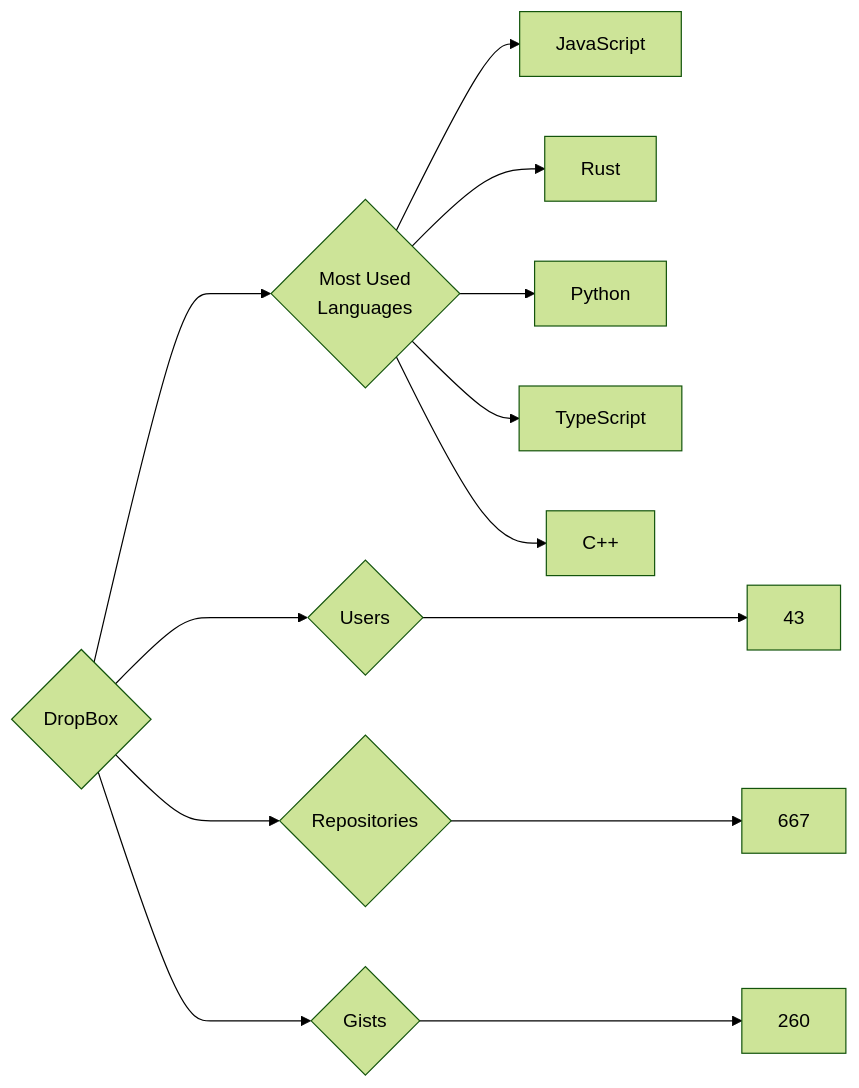
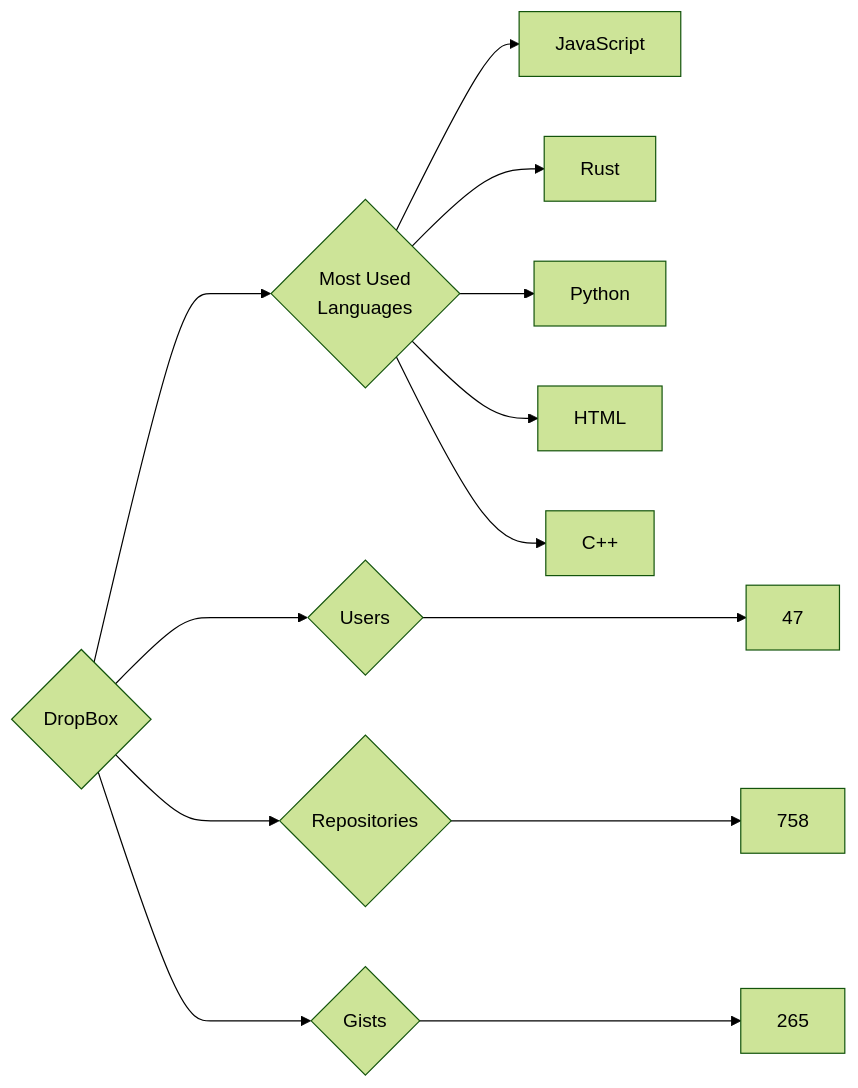
Before and after one commit to trickest/insiders: the diagram in targets/DropBox/README.md, drawn with Mermaid (forest theme). The commit also changed 644 other files, not shown here.

````diff
--- a/targets/DropBox/README.md
+++ b/targets/DropBox/README.md
@@ -3,13 +3,13 @@
 ```mermaid
 graph LR
 COMPANY_NAME{DropBox}
-COMPANY_NAME ---> U{Users} ---> UN[43]
-COMPANY_NAME ---> R{Repositories} ---> RN[667]
-COMPANY_NAME ---> G{Gists} ---> GN[260]
+COMPANY_NAME ---> U{Users} ---> UN[47]
+COMPANY_NAME ---> R{Repositories} ---> RN[758]
+COMPANY_NAME ---> G{Gists} ---> GN[265]
 COMPANY_NAME ---> ML{Most Used<br>Languages}
 ML --> JavaScript[JavaScript]
 ML --> Rust[Rust]
 ML --> Python[Python]
-ML --> TypeScript[TypeScript]
+ML --> HTML[HTML]
 ML --> C++[C++]
 ```
````
